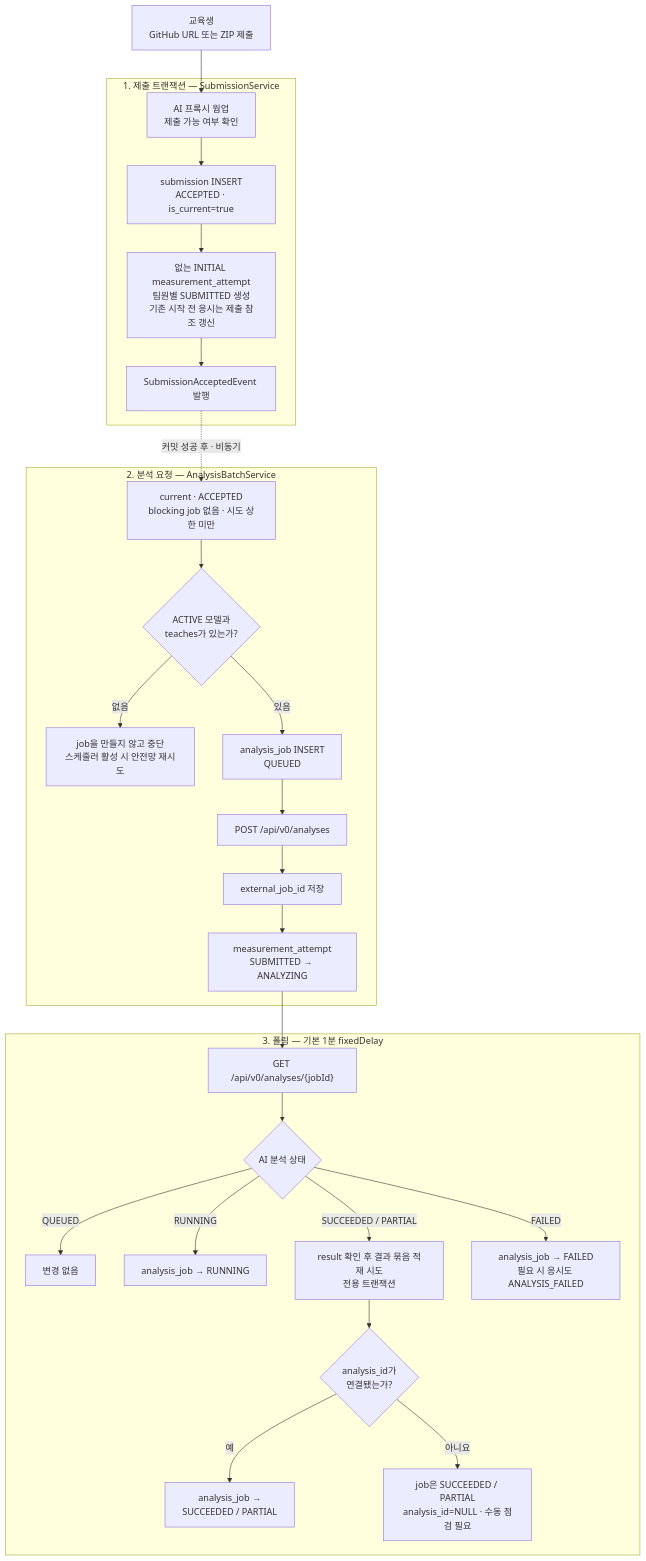
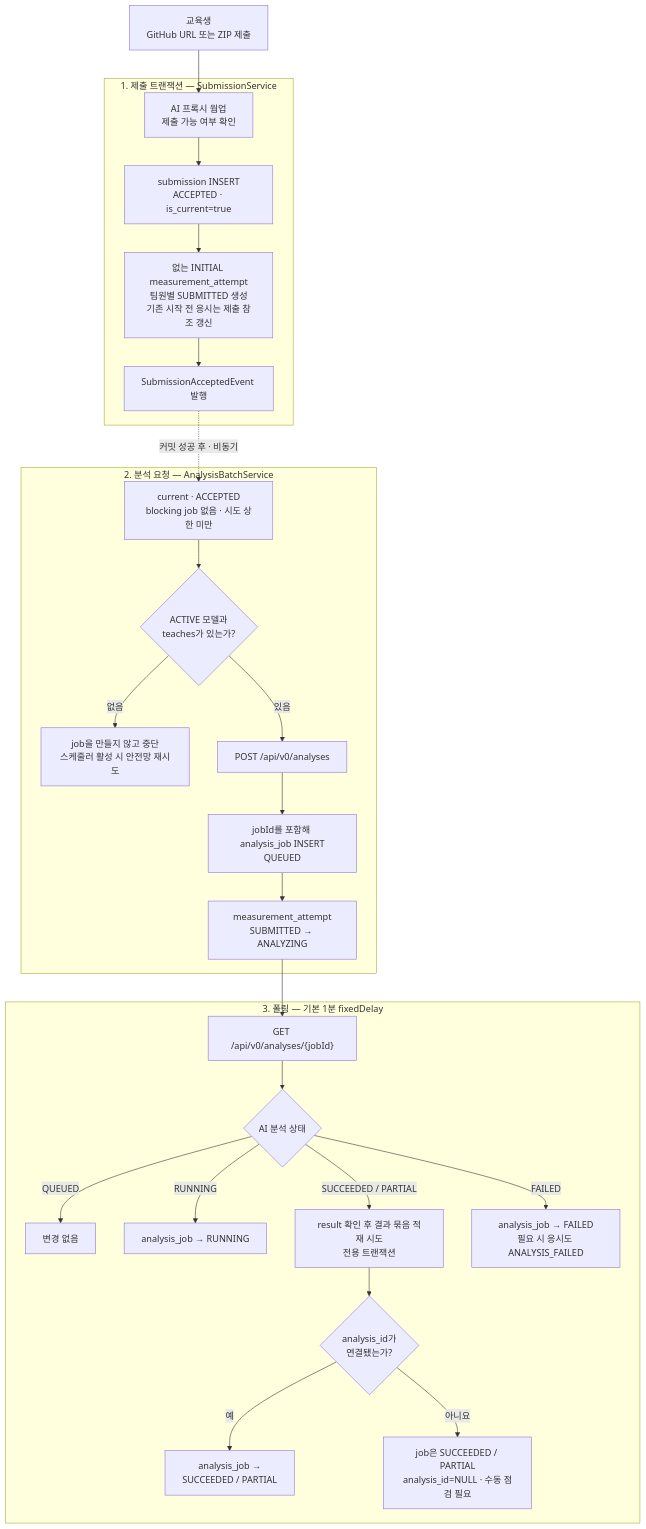
Before and after one commit to Team-IZ/Backend: the first of 5 diagrams in CODE_SUBMISSION_ANALYSIS_FLOW.md, drawn with Mermaid. The commit also changed other lines of this file, not shown here.

Commit message:
docs: update the code submission analysis flow for external job id handling

````diff
--- a/CODE_SUBMISSION_ANALYSIS_FLOW.md
+++ b/CODE_SUBMISSION_ANALYSIS_FLOW.md
@@ -32,34 +32,33 @@
 ```mermaid
 flowchart TB
     U["교육생<br/>GitHub URL 또는 ZIP 제출"] --> W
 
     subgraph SUBMIT["1. 제출 트랜잭션 — SubmissionService"]
         W["AI 프록시 웜업<br/>제출 가능 여부 확인"] --> S["submission INSERT<br/>ACCEPTED · is_current=true"]
         S --> A["없는 INITIAL measurement_attempt<br/>팀원별 SUBMITTED 생성<br/>기존 시작 전 응시는 제출 참조 갱신"]
         A --> E["SubmissionAcceptedEvent 발행"]
     end
 
     E -.->|커밋 성공 후 · 비동기| D
 
     subgraph DISPATCH["2. 분석 요청 — AnalysisBatchService"]
         D["current · ACCEPTED<br/>blocking job 없음 · 시도 상한 미만"] --> M{"ACTIVE 모델과<br/>teaches가 있는가?"}
         M -- "없음" --> STOP["job을 만들지 않고 중단<br/>스케줄러 활성 시 안전망 재시도"]
-        M -- "있음" --> J["analysis_job INSERT<br/>QUEUED"]
-        J --> POST["POST /api/v0/analyses"]
-        POST --> EXT["external_job_id 저장"]
-        EXT --> AN["measurement_attempt<br/>SUBMITTED → ANALYZING"]
+        M -- "있음" --> POST["POST /api/v0/analyses"]
+        POST --> J["jobId를 포함해 analysis_job INSERT<br/>QUEUED"]
+        J --> AN["measurement_attempt<br/>SUBMITTED → ANALYZING"]
     end
 
     AN --> POLL
 
     subgraph POLLING["3. 폴링 — 기본 1분 fixedDelay"]
         POLL["GET /api/v0/analyses/{jobId}"] --> STATUS{"AI 분석 상태"}
         STATUS -- "QUEUED" --> KEEP["변경 없음"]
         STATUS -- "RUNNING" --> RUN["analysis_job → RUNNING"]
         STATUS -- "SUCCEEDED / PARTIAL" --> LOAD["result 확인 후 결과 묶음 적재 시도<br/>전용 트랜잭션"]
         STATUS -- "FAILED" --> FAIL["analysis_job → FAILED<br/>필요 시 응시도 ANALYSIS_FAILED"]
         LOAD --> ATTACHED{"analysis_id가<br/>연결됐는가?"}
         ATTACHED -- "예" --> DONE["analysis_job →<br/>SUCCEEDED / PARTIAL"]
         ATTACHED -- "아니요" --> DEGRADED["job은 SUCCEEDED / PARTIAL<br/>analysis_id=NULL · 수동 점검 필요"]
     end
 ```
````
